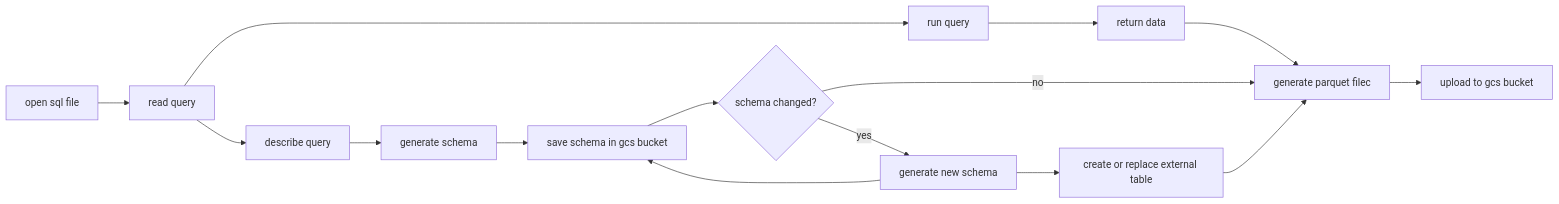
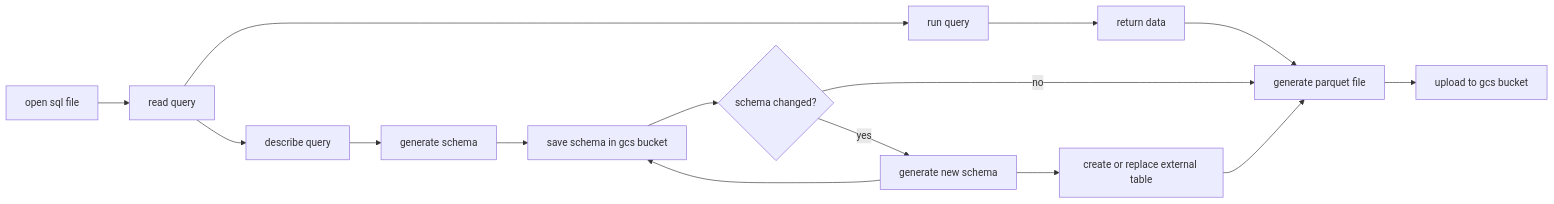
One commit to oyindonesia/data-engineering-tolic changed the diagram in research/duckdb-research/README.md. Above: the diagram before and after it, drawn with Mermaid. The commit also changed 1 other file, not shown here.

````diff
--- a/research/duckdb-research/README.md
+++ b/research/duckdb-research/README.md
@@ -1,20 +1,20 @@
 ```mermaid
 flowchart LR;
     a[open sql file]
     b[read query]
     c[run query]
     d[return data]
-    e[generate parquet filec]
+    e[generate parquet file]
     f[upload to gcs bucket]
 
     a-->b-->c-->d-->e-->f
 
     b-->ba[describe query]
     ba-->bb[generate schema]-->bc[save schema in gcs bucket]
     bc-->bca{schema changed?}
     bca-->|no| e
     bca-->|yes| bcb[generate new schema]
     bcb-->bc
     bcb-->bd[create or replace external table]
     bd-->e
 ```
````
